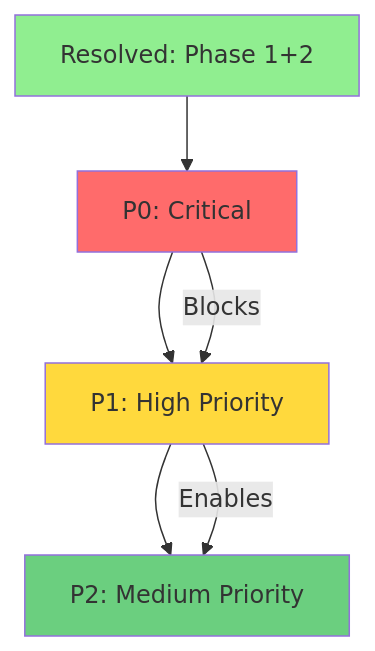
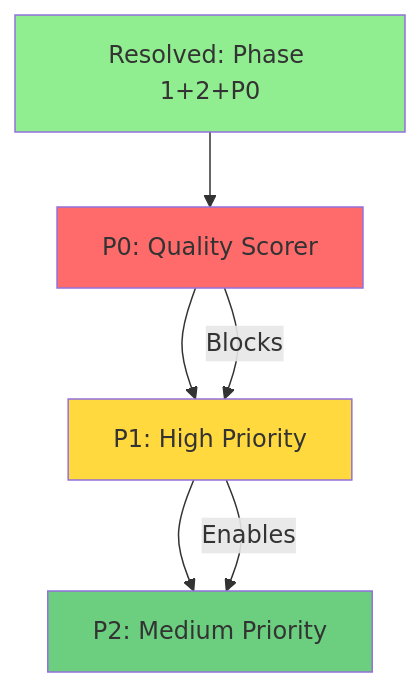
Before and after one commit to Nomoos/StoryGenerator: the diagram in issues/INDEX.md, drawn with Mermaid. The commit also changed other lines of this file and 18 other files, not shown here.

````diff
--- a/issues/INDEX.md
+++ b/issues/INDEX.md
@@ -142,14 +153,14 @@
 ```mermaid
 graph TD
-    A[Resolved: Phase 1+2] --> B[P0: Critical]
+    A[Resolved: Phase 1+2+P0] --> B[P0: Quality Scorer]
     B --> C[P1: High Priority]
     C --> D[P2: Medium Priority]
     
     B -->|Blocks| C
     C -->|Enables| D
     
     style A fill:#90EE90
     style B fill:#FF6B6B
     style C fill:#FFD93D
     style D fill:#6BCF7F
 ```
````
